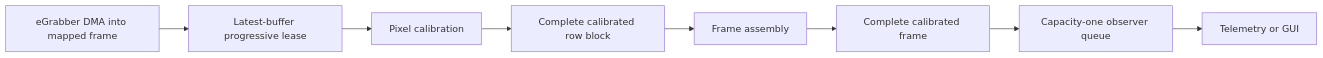
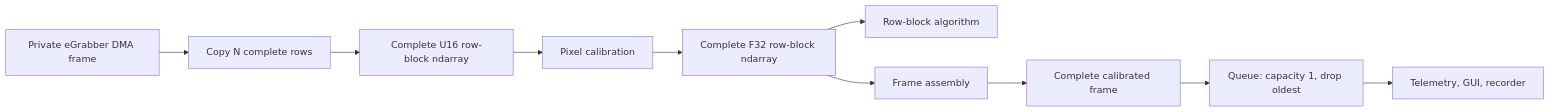
Before and after one commit to DarrylGamroth/pipewireao-spa-plugin-fits: the second of 3 diagrams in docs/scheduled-node-migration.md, drawn with Mermaid. The commit also changed other lines of this file and 47 other files, not shown here.

Commit message:
Replace progressive transport with ordinary row blocks

````diff
--- a/docs/scheduled-node-migration.md
+++ b/docs/scheduled-node-migration.md
@@ -17,13 +61,17 @@
 ```mermaid
 flowchart LR
-    Camera["eGrabber DMA into mapped frame"]
-    Lease["Latest-buffer progressive lease"]
-    Cal["Pixel calibration"]
-    Block["Complete calibrated row block"]
+    DMA["Private eGrabber DMA frame"]
+    Copy["Copy N complete rows"]
+    Raw["Complete U16 row-block ndarray"]
+    Calibration["Pixel calibration"]
+    Block["Complete F32 row-block ndarray"]
+    RowRTC["Row-block algorithm"]
     Assembly["Frame assembly"]
     Frame["Complete calibrated frame"]
-    Queue["Capacity-one observer queue"]
-    GUI["Telemetry or GUI"]
+    Queue["Queue: capacity 1, drop oldest"]
+    Observer["Telemetry, GUI, recorder"]
 
-    Camera --> Lease --> Cal --> Block --> Assembly --> Frame --> Queue --> GUI
+    DMA --> Copy --> Raw --> Calibration --> Block
+    Block --> RowRTC
+    Block --> Assembly --> Frame --> Queue --> Observer
 ```
````
